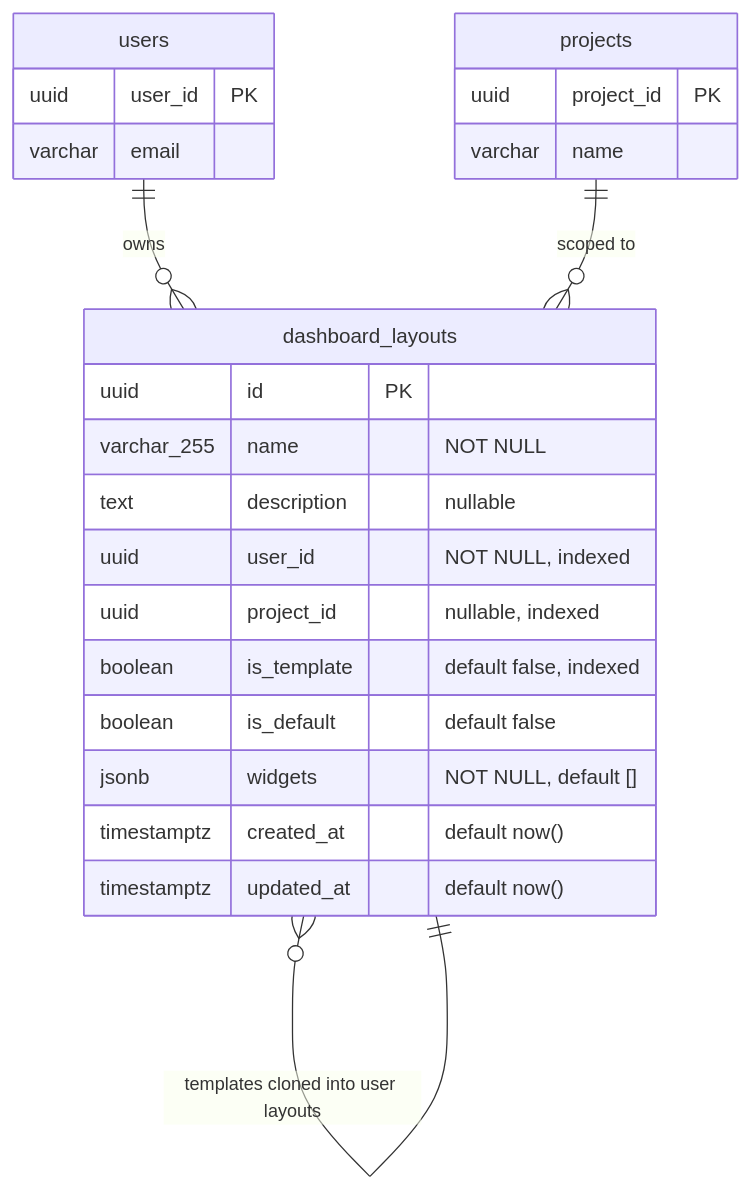
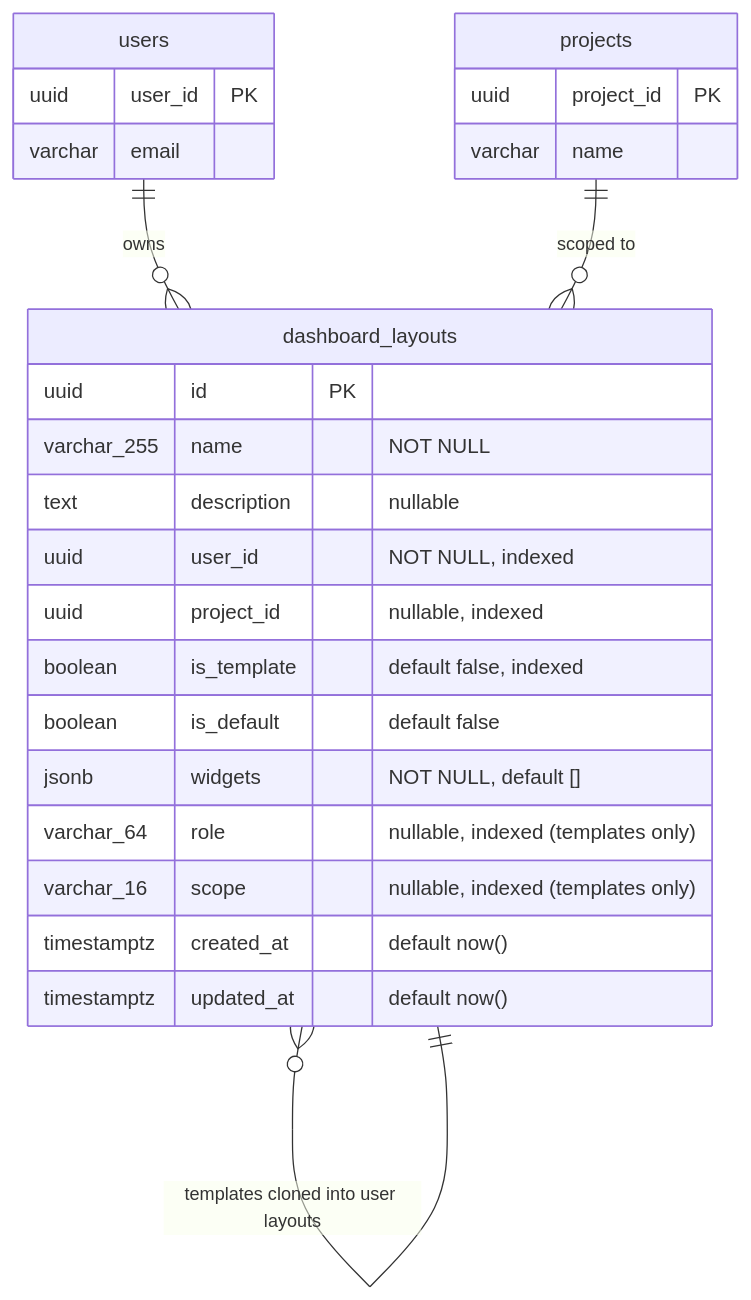
Before and after one commit to ogghst/backcast: the first of 5 diagrams in docs/02-architecture/dashboard-developer-guide.md, drawn with Mermaid. The commit also changed other lines of this file and 29 other files, not shown here.

First line of the commit message:
docs: sync stale architecture docs with current code

````diff
--- a/docs/02-architecture/dashboard-developer-guide.md
+++ b/docs/02-architecture/dashboard-developer-guide.md
@@ -125,30 +129,32 @@
 ```mermaid
 erDiagram
     dashboard_layouts {
         uuid id PK
         varchar_255 name "NOT NULL"
         text description "nullable"
         uuid user_id "NOT NULL, indexed"
         uuid project_id "nullable, indexed"
         boolean is_template "default false, indexed"
         boolean is_default "default false"
         jsonb widgets "NOT NULL, default []"
+        varchar_64 role "nullable, indexed (templates only)"
+        varchar_16 scope "nullable, indexed (templates only)"
         timestamptz created_at "default now()"
         timestamptz updated_at "default now()"
     }
 
     users {
         uuid user_id PK
         varchar email
     }
 
     projects {
         uuid project_id PK
         varchar name
     }
 
     users ||--o{ dashboard_layouts : "owns"
     projects ||--o{ dashboard_layouts : "scoped to"
 
     dashboard_layouts }o--|| dashboard_layouts : "templates cloned into user layouts"
 ```
````
